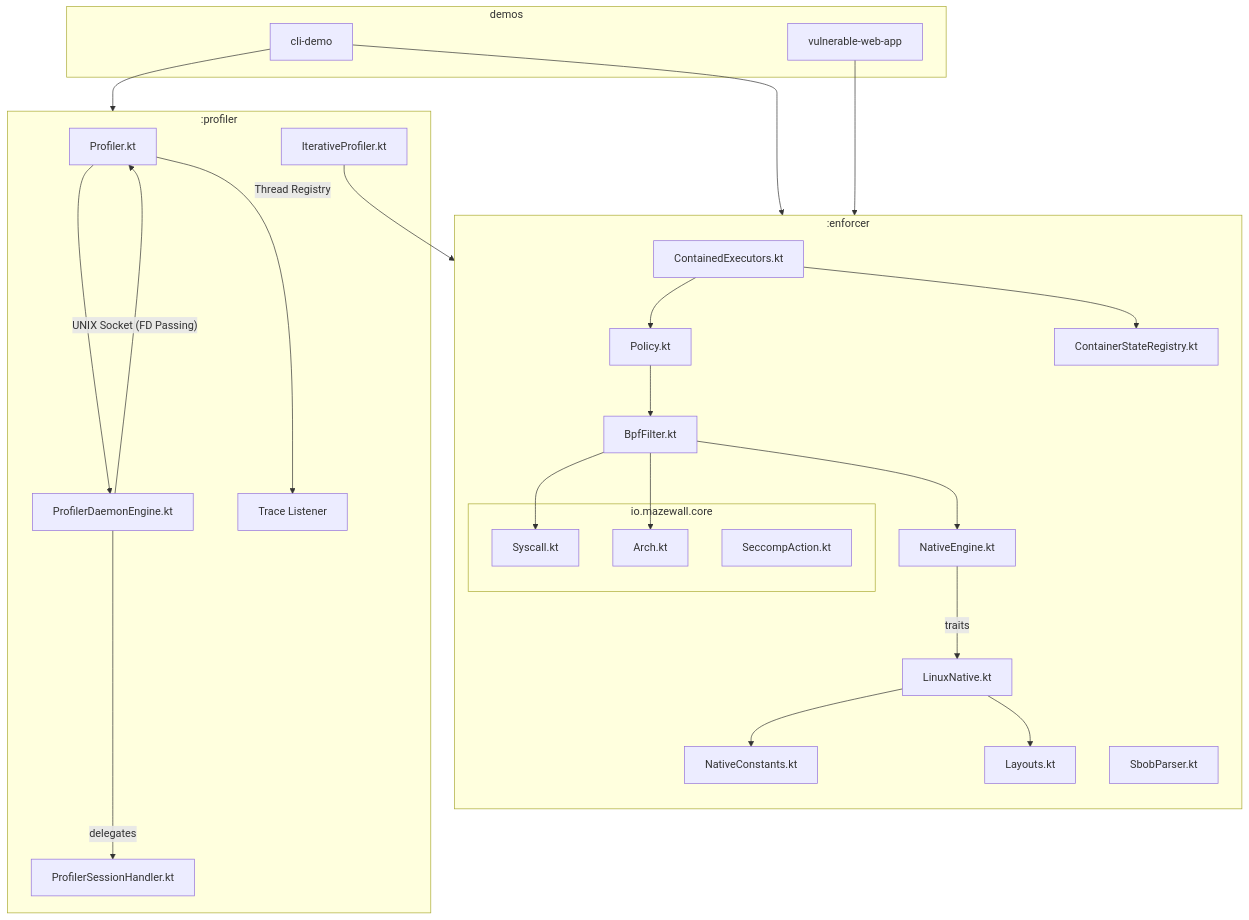
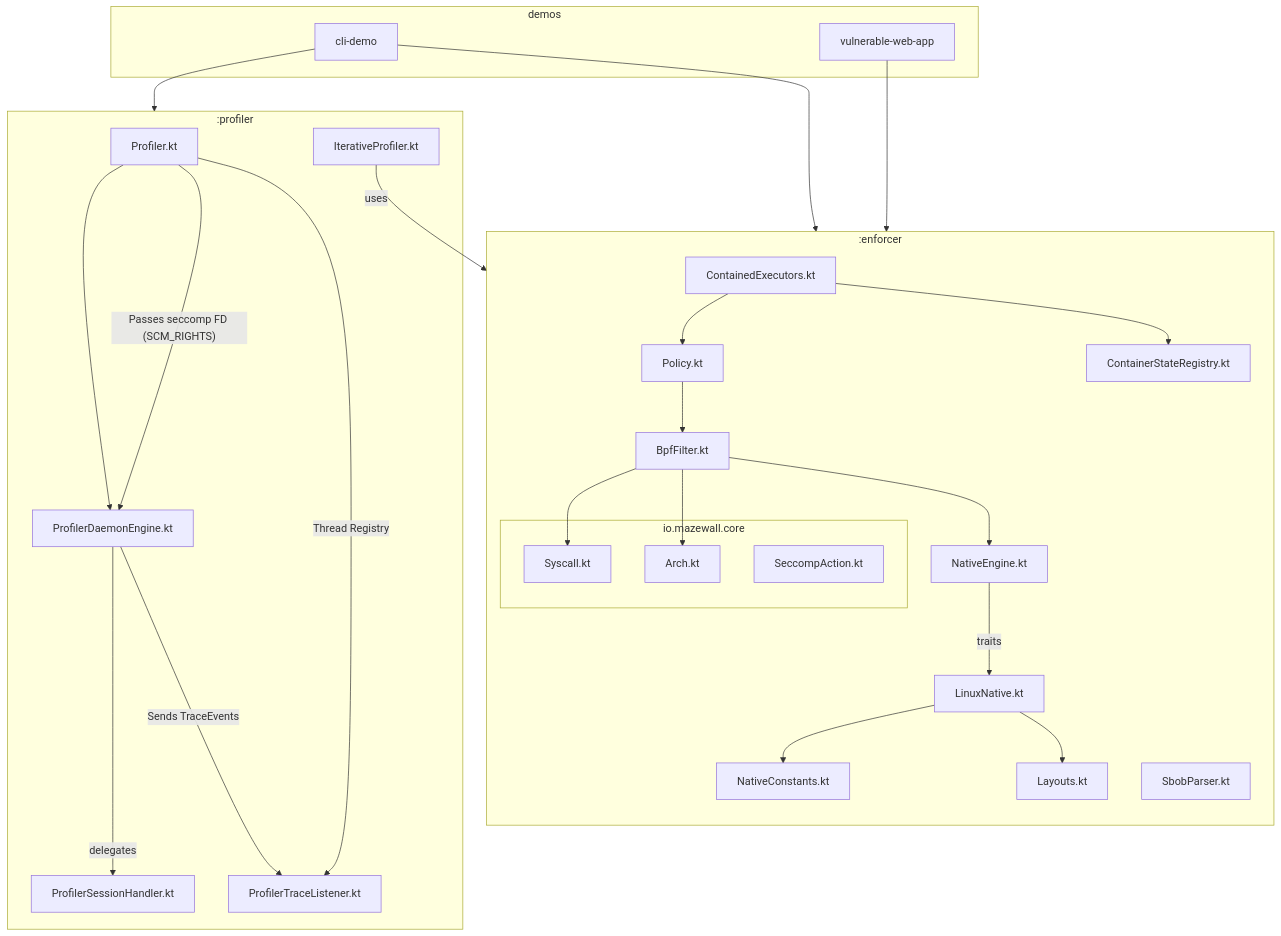
The second of 2 diagrams in docs/internals/architectural_map.md (Pilleo/jseccomp), drawn with Mermaid before and after one commit. The commit also changed 4 other files, not shown here.

Commit message:
docs: update architectural diagrams and documentation for thread-level enforcement and isolation patterns

````diff
--- a/docs/internals/architectural_map.md
+++ b/docs/internals/architectural_map.md
@@ -56,39 +56,40 @@
 ```mermaid
 graph TD
     subgraph enforcer [":enforcer"]
         direction TB
         subgraph core ["io.mazewall.core"]
             S[Syscall.kt]
             A[Arch.kt]
             SA[SeccompAction.kt]
         end
         P[Policy.kt] --> B[BpfFilter.kt]
         B --> S
         B --> A
         B --> C[NativeEngine.kt]
         C -- traits --> LN[LinuxNative.kt]
         LN --> NC[NativeConstants.kt]
         LN --> L[Layouts.kt]
         D[ContainedExecutors.kt] --> P
         D --> E[ContainerStateRegistry.kt]
         H[SbobParser.kt]
     end
 
     subgraph profiler [":profiler"]
         F[Profiler.kt] --> G[ProfilerDaemonEngine.kt]
         G -- delegates --> PS[ProfilerSessionHandler.kt]
-        I[IterativeProfiler.kt] --> D
-        J[Trace Listener]
+        I[IterativeProfiler.kt] -- "uses" --> D
+        J[ProfilerTraceListener.kt]
     end
 
     subgraph demos ["demos"]
         D1[cli-demo]
         D2[vulnerable-web-app]
     end
 
-    G -- "UNIX Socket (FD Passing)" --> F
+    F -- "Passes seccomp FD (SCM_RIGHTS)" --> G
+    G -- "Sends TraceEvents" --> J
     F -- "Thread Registry" --> J
     D1 --> enforcer
     D1 --> profiler
     D2 --> enforcer
 ```
````
